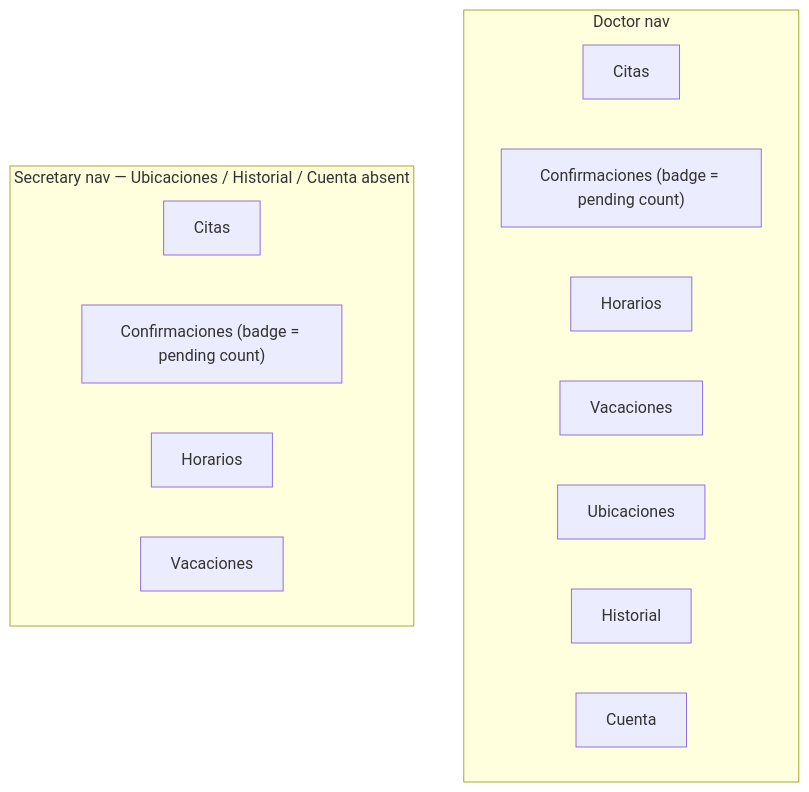
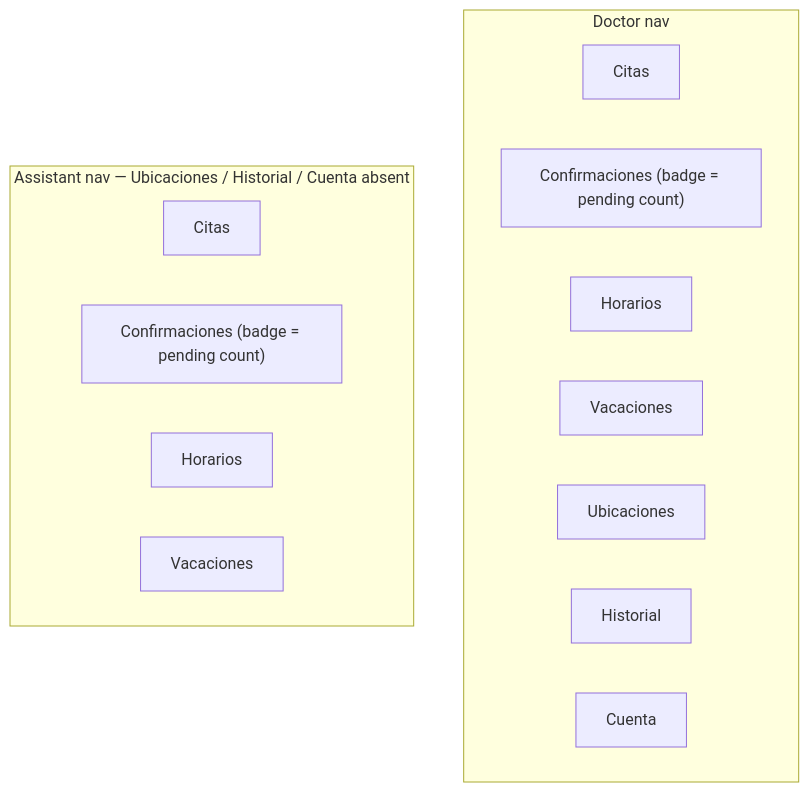
The third of 10 diagrams in docs/flows/doctor-assistant-panel.md (DaleneyRuben/alivia), drawn with Mermaid before and after one commit. The commit also changed other lines of this file and 10 other files, not shown here.

Commit message:
rename secretary role to assistant across docs

````diff
--- a/docs/flows/doctor-assistant-panel.md
+++ b/docs/flows/doctor-assistant-panel.md
@@ -59,18 +59,18 @@
 ```mermaid
 flowchart TD
     subgraph doctor["Doctor nav"]
         D1["Citas"]
         D2["Confirmaciones (badge = pending count)"]
         D3["Horarios"]
         D4["Vacaciones"]
         D5["Ubicaciones"]
         D6["Historial"]
         D7["Cuenta"]
     end
-    subgraph secretary["Secretary nav — Ubicaciones / Historial / Cuenta absent"]
+    subgraph assistant["Assistant nav — Ubicaciones / Historial / Cuenta absent"]
         E1["Citas"]
         E2["Confirmaciones (badge = pending count)"]
         E3["Horarios"]
         E4["Vacaciones"]
     end
 ```
````
